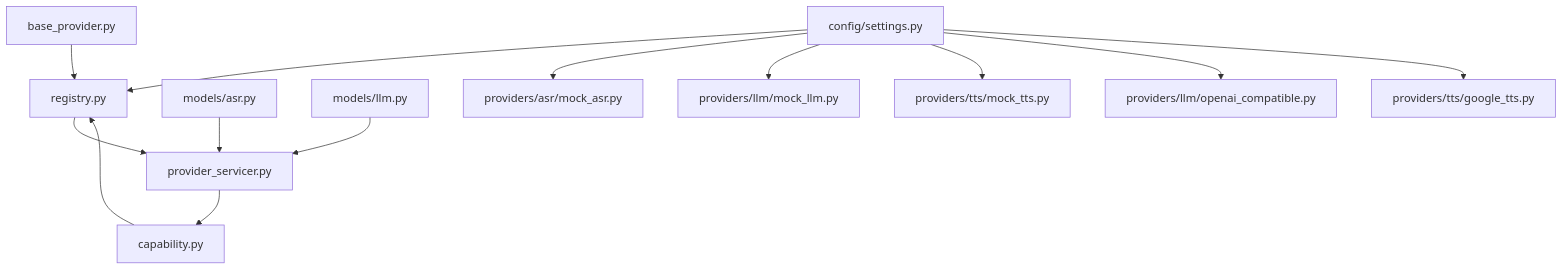
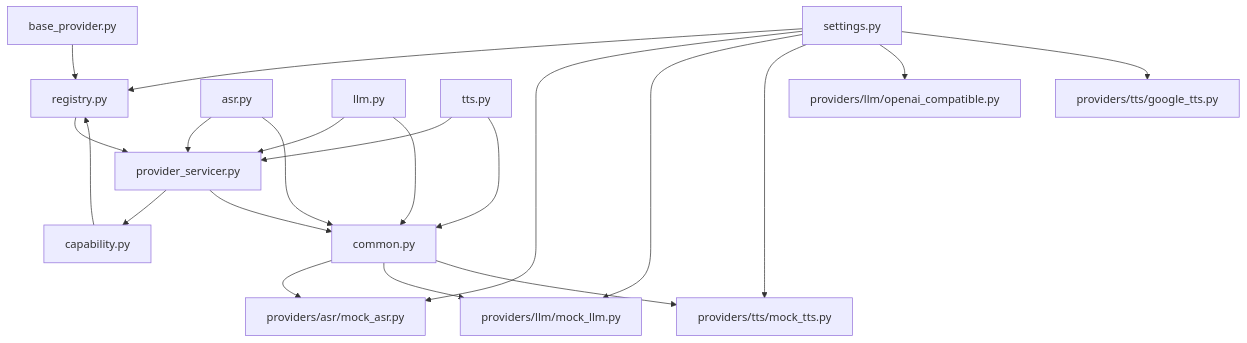
The fifth of 5 diagrams in .qoder/repowiki/en/content/Core Services/Provider-Gateway Service/Python Provider Framework.md (vashkelis/call-server), drawn with Mermaid before and after one commit. The commit also changed other lines of this file and 16 other files, not shown here.

````diff
--- a/.qoder/repowiki/en/content/Core Services/Provider-Gateway Service/Python Provider Framework.md
+++ b/.qoder/repowiki/en/content/Core Services/Provider-Gateway Service/Python Provider Framework.md
@@ -419,15 +523,23 @@
 ```mermaid
 graph TB
 BASE["base_provider.py"] --> REG["registry.py"]
 CAP["capability.py"] --> REG
 REG --> PS["provider_servicer.py"]
 PS --> CAP
-ASR_M["models/asr.py"] --> PS
-LLM_M["models/llm.py"] --> PS
-CFG["config/settings.py"] --> REG
+PS --> CM["common.py"]
+ASR_M["asr.py"] --> PS
+ASR_M --> CM
+LLM_M["llm.py"] --> PS
+LLM_M --> CM
+TTS_M["tts.py"] --> PS
+TTS_M --> CM
+CFG["settings.py"] --> REG
 CFG --> ASR_IMPL["providers/asr/mock_asr.py"]
 CFG --> LLM_IMPL["providers/llm/mock_llm.py"]
 CFG --> TTS_IMPL["providers/tts/mock_tts.py"]
 CFG --> OA["providers/llm/openai_compatible.py"]
 CFG --> GTTS["providers/tts/google_tts.py"]
+CM --> ASR_IMPL
+CM --> LLM_IMPL
+CM --> TTS_IMPL
 ```
````
